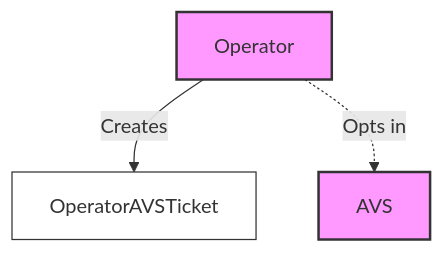
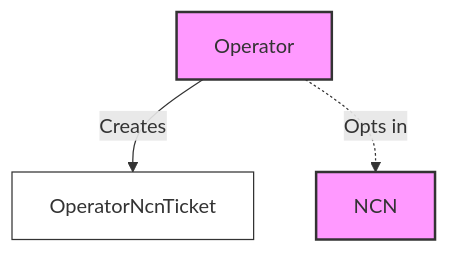
The first of 5 diagrams in docs/concepts/restaking_program.md (jito-foundation/restaking), drawn with Mermaid before and after one commit. The commit also changed other lines of this file and 61 other files, not shown here.

Commit message:
Rename AVS -> NCN (#25)

````diff
--- a/docs/concepts/restaking_program.md
+++ b/docs/concepts/restaking_program.md
@@ -58,10 +58,10 @@
 ```mermaid
 graph TD
     classDef main fill: #f9f, stroke: #333, stroke-width: 2px;
     classDef ticket fill: #fff, stroke: #333, stroke-width: 1px;
-    AVS[AVS]:::main
+    NCN[NCN]:::main
     Operator[Operator]:::main
-    OperatorAvsTicket[OperatorAVSTicket]:::ticket
-    Operator -->|Creates| OperatorAvsTicket
-    Operator -.->|Opts in| AVS
+    OperatorNcnTicket[OperatorNcnTicket]:::ticket
+    Operator -->|Creates| OperatorNcnTicket
+    Operator -.->|Opts in| NCN
 ```
````
